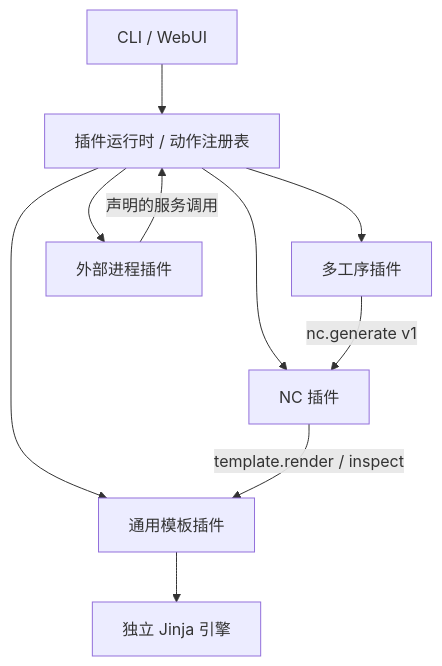
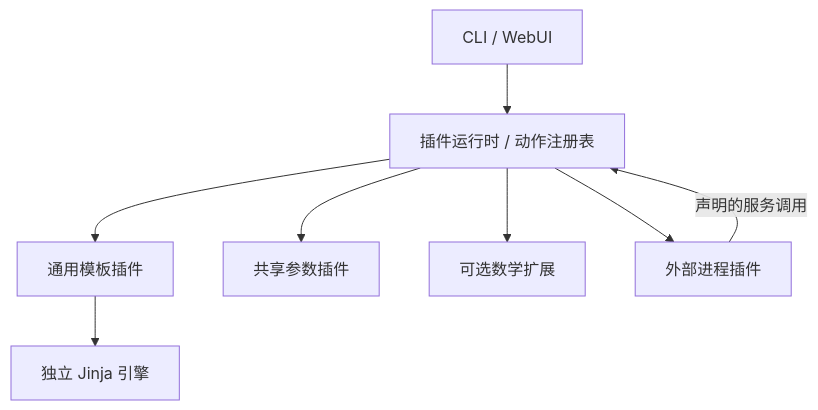
Before and after one commit to lzg9698-code/nctool-tpl: the diagram in docs/ARCHITECTURE.md, drawn with Mermaid. The commit also changed other lines of this file and 276 other files, not shown here.

````diff
--- a/docs/ARCHITECTURE.md
+++ b/docs/ARCHITECTURE.md
@@ -7,12 +7,10 @@
 ```mermaid
 flowchart TB
     Surfaces[CLI / WebUI] --> Runtime[插件运行时 / 动作注册表]
     Runtime --> Template[通用模板插件]
     Template --> Engine[独立 Jinja 引擎]
-    Runtime --> NC[NC 插件]
-    Runtime --> Process[多工序插件]
+    Runtime --> Parameters[共享参数插件]
+    Runtime --> Math[可选数学扩展]
     Runtime --> External[外部进程插件]
-    NC -->|template.render / inspect| Template
-    Process -->|nc.generate v1| NC
     External -->|声明的服务调用| Runtime
 ```
````
